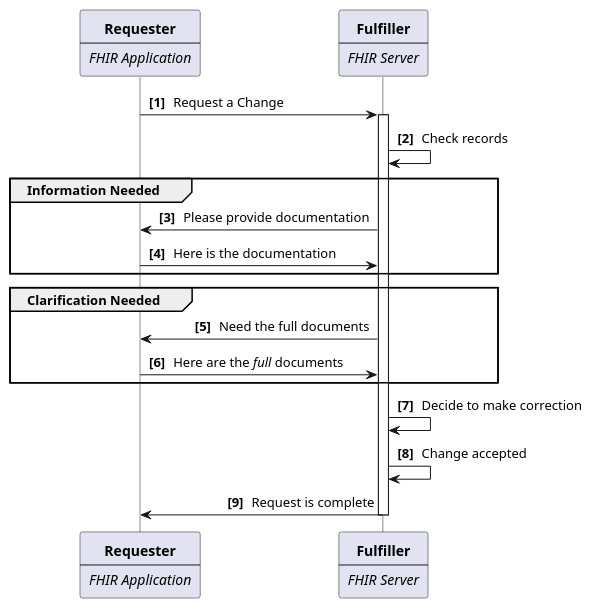
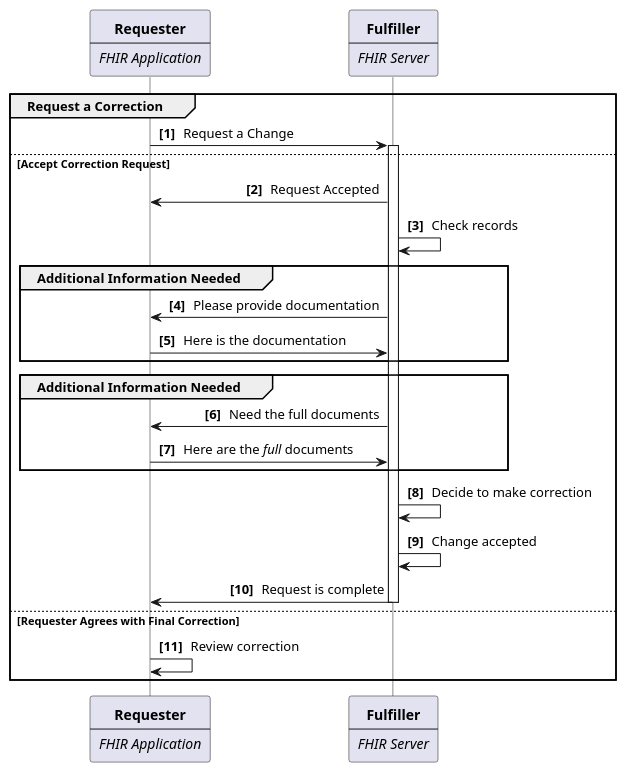
The diagram in input/images-source/use-case-2.plantuml (HL7/fhir-patient-correction), drawn with PlantUML before and after one commit. The commit also changed 7 other files, not shown here.

```diff
--- a/input/images-source/use-case-2.plantuml
+++ b/input/images-source/use-case-2.plantuml
@@ -1,40 +1,47 @@
 @startuml
 skinparam DefaultTextAlignment center
 skinparam SequenceMessageAlignment direction
 skinparam Padding 2
 skinparam ParticipantPadding 60
 skinparam LifelineStrategy solid
 autonumber "<b>[###]</b>"
 
 participant R [
   **Requester**
   ----
   //FHIR Application//
 ]
 participant F [
   **Fulfiller**
   ----
   //FHIR Server//
 ]
 
-R->F : Request a Change
+group Request a Correction
+  R->F : Request a Change
+else Accept Correction Request
+  Activate F
+    F->R : Request Accepted
+    F->F : Check records
 
-Activate F
-  F->F : Check records
-
-  group Information Needed
+  group Additional Information Needed
     F->R : Please provide documentation
     R->F : Here is the documentation
   end
 
-  group Clarification Needed
+  group Additional Information Needed
     F->R : Need the full documents
     R->F : Here are the //full// documents
   end
 
-  F->F : Decide to make correction
-  F->F : Change accepted
-  F->R : Request is complete
-Deactivate F
+    F->F : Decide to make correction
+    F->F : Change accepted
+    F->R : Request is complete
+  Deactivate F
+else Requester Agrees with Final Correction
+  R->R : Review correction
+end
+
+
 
 @enduml
```
